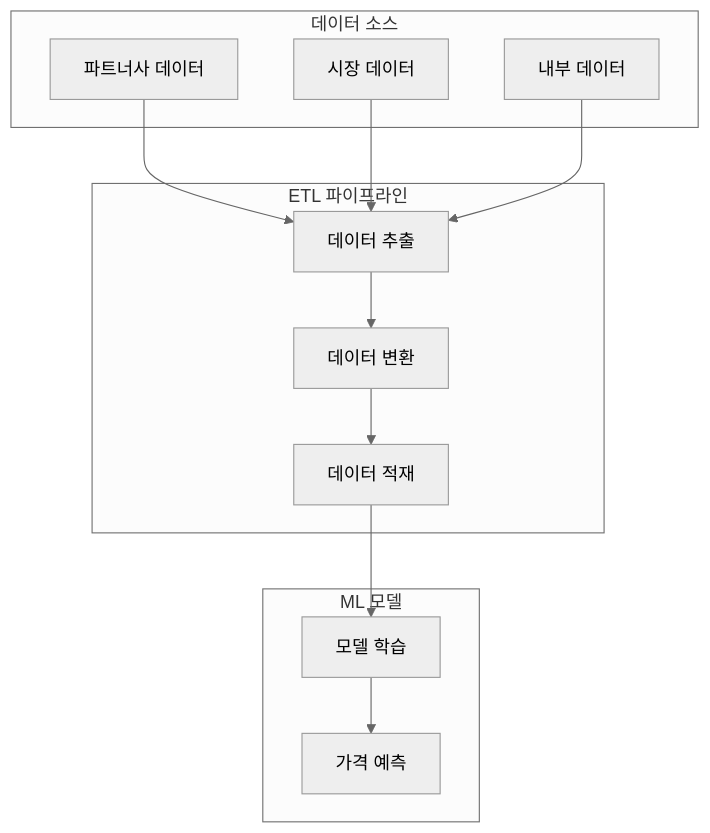
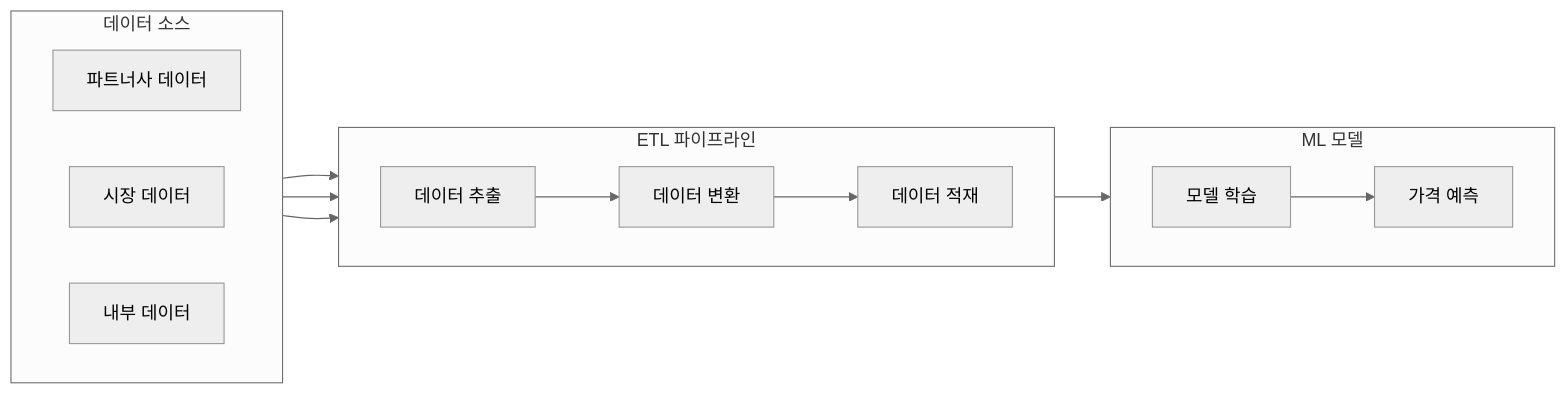
One commit to yeokyeong-yoon/yeokyeong-yoon.github.io changed the second of 5 diagrams in _posts/2025-03-18-etl-pipeline.md. Above: the diagram before and after it, drawn with Mermaid (neutral theme). The commit also changed other lines of this file, not shown here.

Commit message:
fix graph design

````diff
--- a/_posts/2025-03-18-etl-pipeline.md
+++ b/_posts/2025-03-18-etl-pipeline.md
@@ -32,28 +33,31 @@
 ```mermaid
-graph TD
+graph LR
     subgraph "데이터 소스"
+        direction LR
         Partner[파트너사 데이터]
         Market[시장 데이터]
         Internal[내부 데이터]
     end
     
     subgraph "ETL 파이프라인"
+        direction LR
         Extract[데이터 추출]
         Transform[데이터 변환]
         Load[데이터 적재]
     end
     
     subgraph "ML 모델"
+        direction LR
         Training[모델 학습]
         Prediction[가격 예측]
     end
     
     Partner --> Extract
     Market --> Extract
     Internal --> Extract
     
     Extract --> Transform
     Transform --> Load
     Load --> Training
     Training --> Prediction
 ```
````
